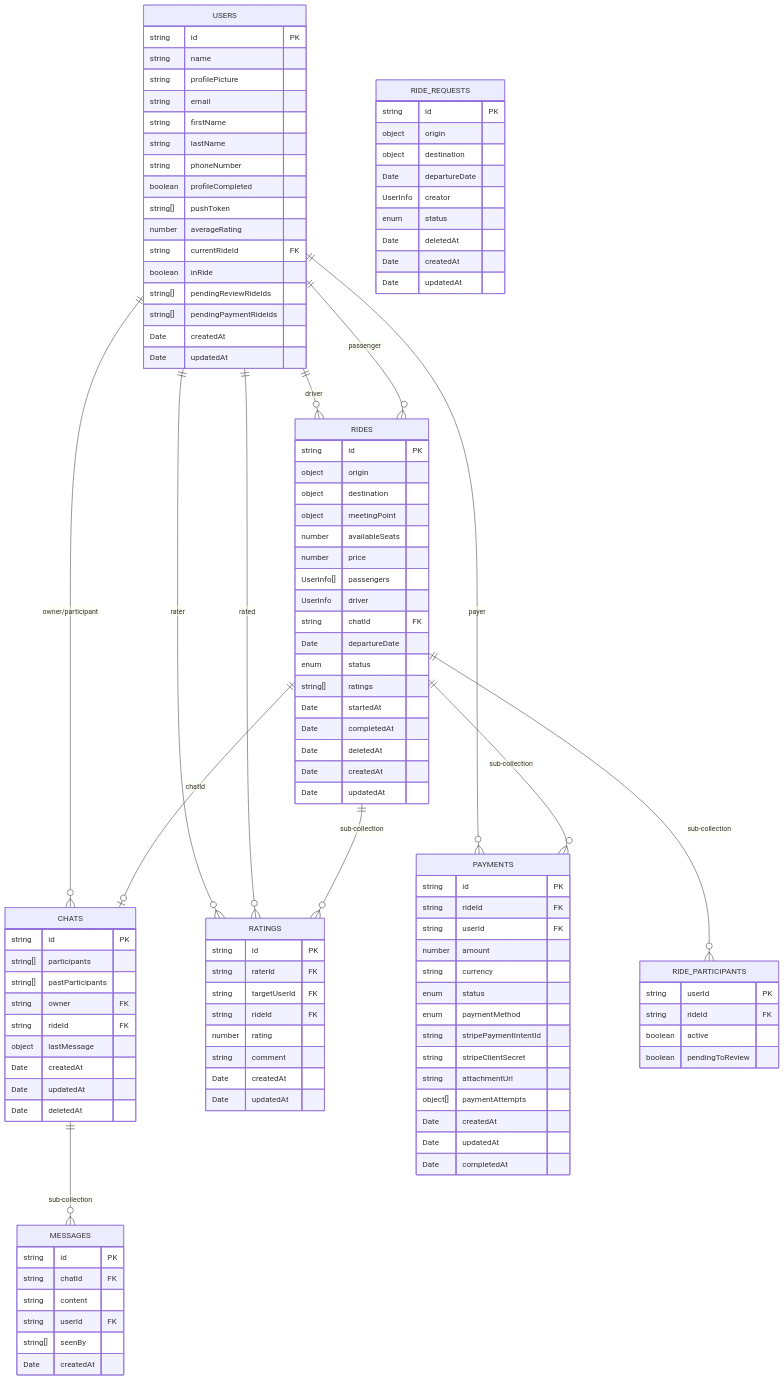
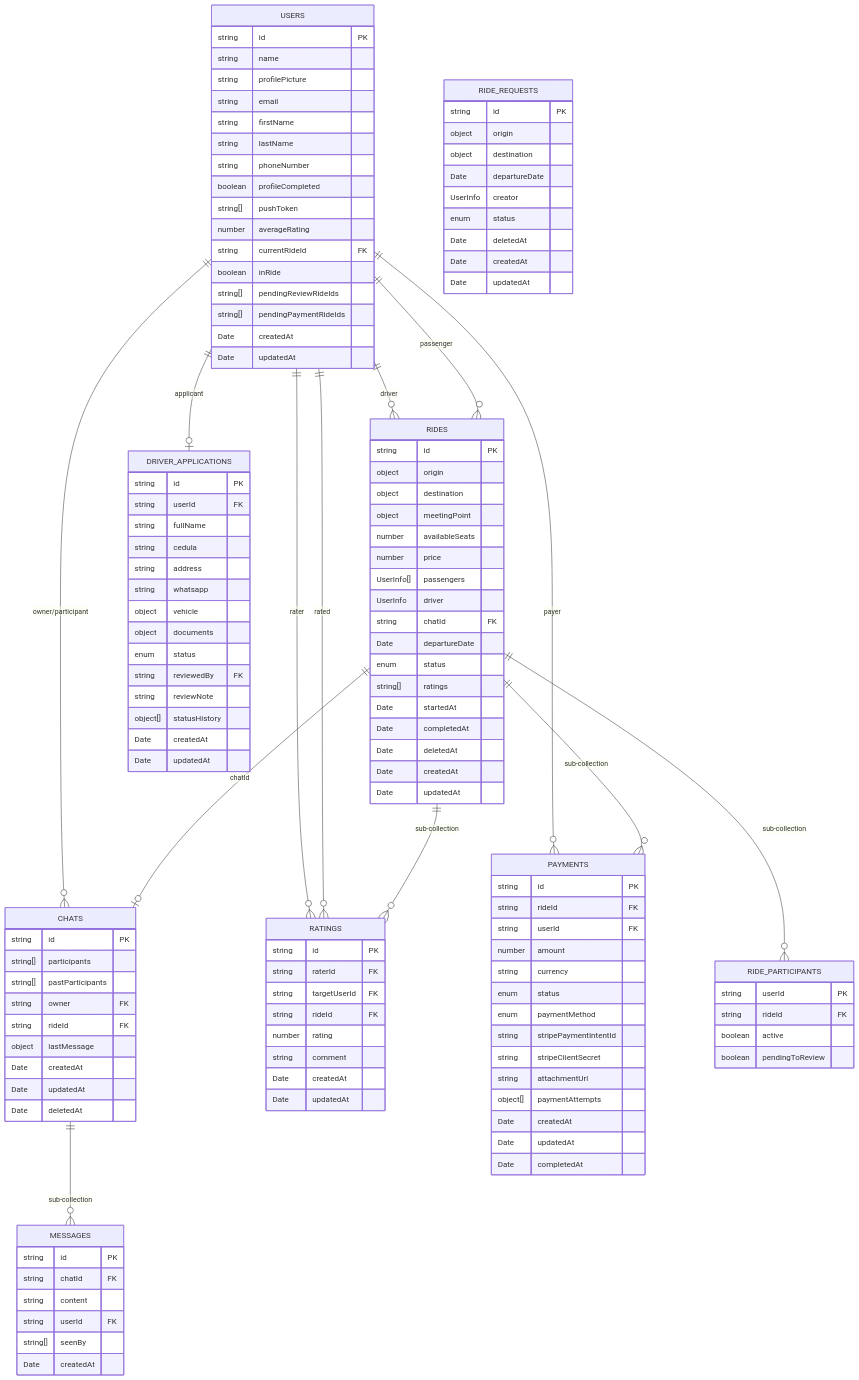
Before and after one commit to carpil/api: the diagram in docs/DATABASE_SCHEMA.md, drawn with Mermaid. The commit also changed other lines of this file and 9 other files, not shown here.

````diff
--- a/docs/DATABASE_SCHEMA.md
+++ b/docs/DATABASE_SCHEMA.md
@@ -115,6 +115,23 @@
         boolean pendingToReview
     }
 
+    DRIVER_APPLICATIONS {
+        string id PK
+        string userId FK
+        string fullName
+        string cedula
+        string address
+        string whatsapp
+        object vehicle
+        object documents
+        enum status
+        string reviewedBy FK
+        string reviewNote
+        object[] statusHistory
+        Date createdAt
+        Date updatedAt
+    }
+
     USERS ||--o{ RIDES : "driver"
     USERS ||--o{ RIDES : "passenger"
     USERS ||--o{ CHATS : "owner/participant"
@@ -128,4 +145,6 @@
     RIDES ||--o{ RIDE_PARTICIPANTS : "sub-collection"
 
     CHATS ||--o{ MESSAGES : "sub-collection"
+
+    USERS ||--o| DRIVER_APPLICATIONS : "applicant"
 ```
````
